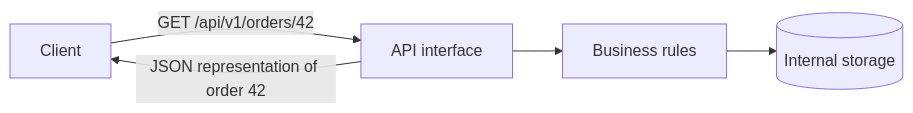
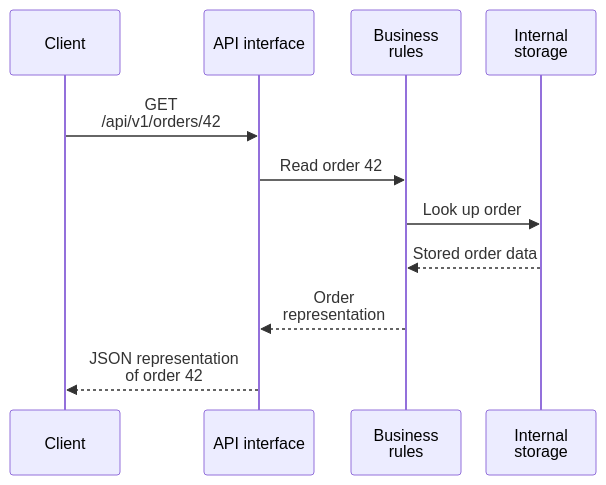
One commit to alikhawaja/training-plans changed the fourth of 10 diagrams in rest-apis/training-guide.md. Above: the diagram before and after it, drawn with Mermaid. The commit also changed other lines of this file and 1 other file, not shown here.

Commit message:
Improve REST workshop diagram readability

````diff
--- a/rest-apis/training-guide.md
+++ b/rest-apis/training-guide.md
@@ -182,7 +183,14 @@
 ```mermaid
-flowchart LR
-    C["Client"] -->|"GET /api/v1/orders/42"| A["API interface"]
-    A -->|"JSON representation of order 42"| C
-    A --> L["Business rules"]
-    L --> D[("Internal storage")]
+%%{init: {"sequence": {"wrap": true, "width": 110, "actorMargin": 25}}}%%
+sequenceDiagram
+    participant C as Client
+    participant A as API interface
+    participant L as Business rules
+    participant D as Internal storage
+    C->>A: GET<br/>/api/v1/orders/42
+    A->>L: Read order 42
+    L->>D: Look up order
+    D-->>L: Stored order data
+    L-->>A: Order<br/>representation
+    A-->>C: JSON representation<br/>of order 42
 ```
````
